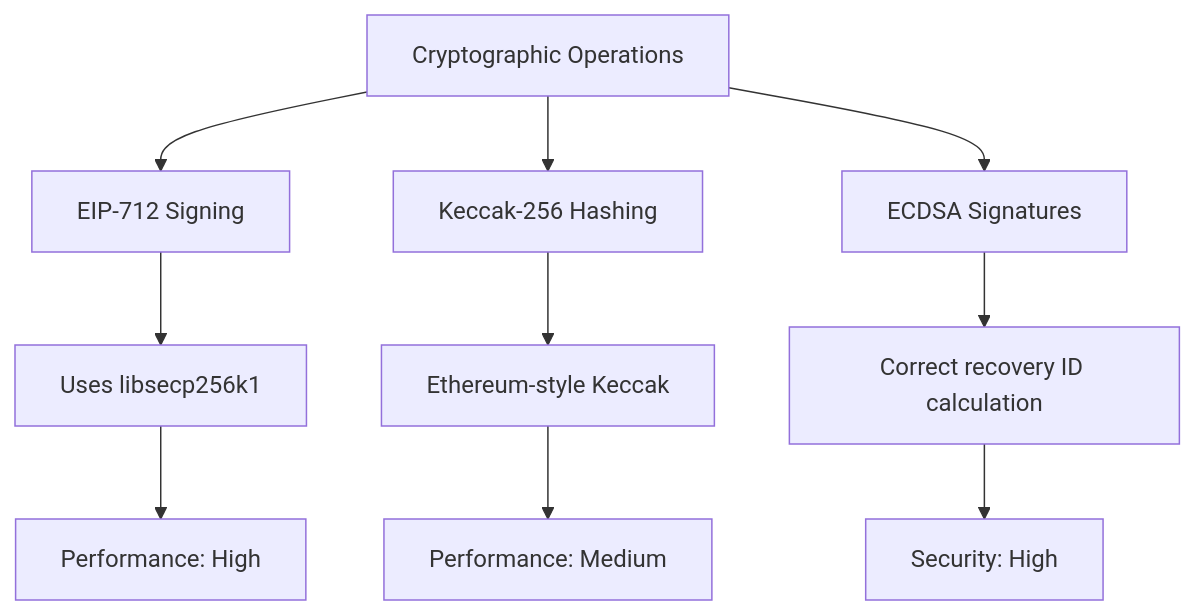
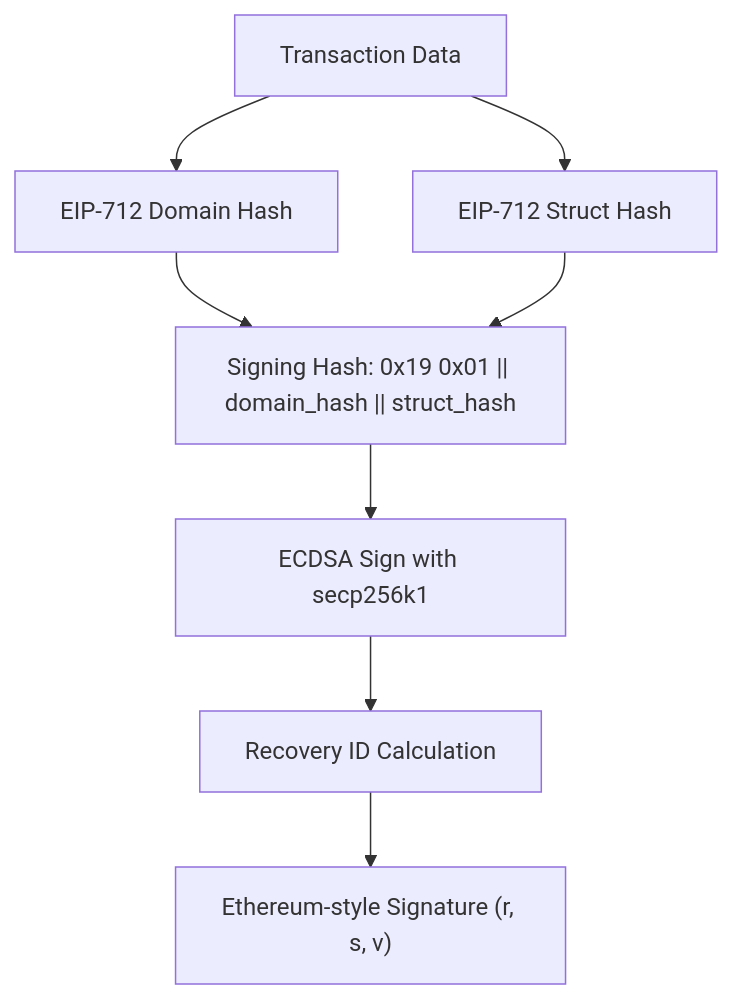
The diagram in .qoder/repowiki/en/content/Performance Optimization.md (suenot/hyperliquid-c), drawn with Mermaid before and after one commit. The commit also changed other lines of this file and 112 other files, not shown here.

````diff
--- a/.qoder/repowiki/en/content/Performance Optimization.md
+++ b/.qoder/repowiki/en/content/Performance Optimization.md
@@ -210,12 +45,10 @@
 ```mermaid
-graph TD
-A["Cryptographic Operations"] --> B["EIP-712 Signing"]
-A --> C["Keccak-256 Hashing"]
-A --> D["ECDSA Signatures"]
-B --> E["Uses libsecp256k1"]
-C --> F["Ethereum-style Keccak"]
-D --> G["Correct recovery ID calculation"]
-E --> H["Performance: High"]
-F --> I["Performance: Medium"]
-G --> J["Security: High"]
+flowchart TD
+A["Transaction Data"] --> B["EIP-712 Domain Hash"]
+A --> C["EIP-712 Struct Hash"]
+B --> D["Signing Hash: 0x19 0x01 || domain_hash || struct_hash"]
+C --> D
+D --> E["ECDSA Sign with secp256k1"]
+E --> F["Recovery ID Calculation"]
+F --> G["Ethereum-style Signature (r, s, v)"]
 ```
````
